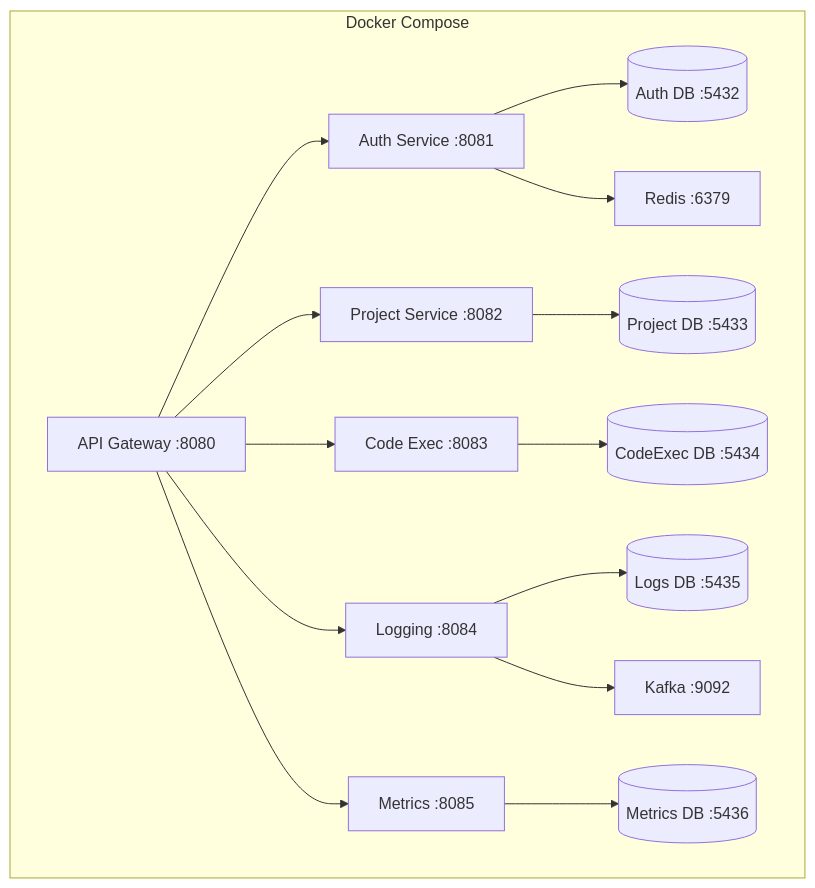
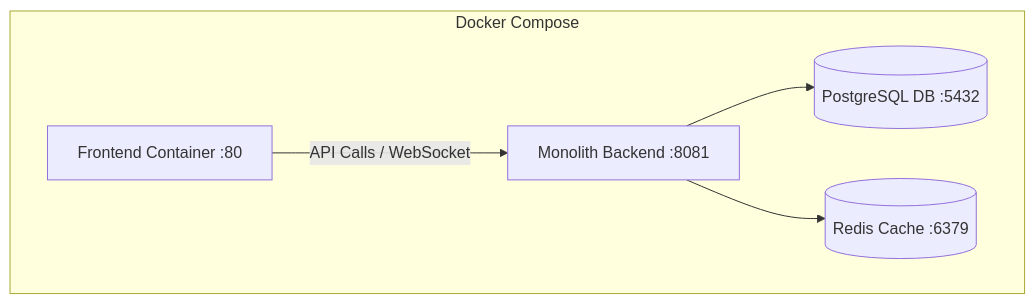
One commit to 123suraj-sky/DevOps-Suite changed the second of 2 diagrams in docs/07-deployment-devops.md. Above: the diagram before and after it, drawn with Mermaid. The commit also changed other lines of this file and 116 other files, not shown here.

First line of the commit message:
refactor: convert microservices to monolithic architecture

````diff
--- a/docs/07-deployment-devops.md
+++ b/docs/07-deployment-devops.md
@@ -30,30 +24,12 @@
-``` mermaid
+```mermaid
 flowchart TD
     subgraph Docker Compose
-        GW[API Gateway :8080]
-        Auth[Auth Service :8081]
-        Project[Project Service :8082]
-        CodeExec[Code Exec :8083]
-        Logging[Logging :8084]
-        Metrics[Metrics :8085]
-        DB1[(Auth DB :5432)]
-        DB2[(Project DB :5433)]
-        DB3[(CodeExec DB :5434)]
-        DB4[(Logs DB :5435)]
-        DB5[(Metrics DB :5436)]
-        Kafka[Kafka :9092]
-        Redis[Redis :6379]
+        FE[Frontend Container :80]
+        MONO[Monolith Backend :8081]
+        PG[(PostgreSQL DB :5432)]
+        Redis[(Redis Cache :6379)]
     end
-    GW --> Auth
-    GW --> Project
-    GW --> CodeExec
-    GW --> Logging
-    GW --> Metrics
-    Auth --> DB1
-    Auth --> Redis
-    Project --> DB2
-    CodeExec --> DB3
-    Logging --> DB4
-    Logging --> Kafka
-    Metrics --> DB5
+    FE -->|API Calls / WebSocket| MONO
+    MONO --> PG
+    MONO --> Redis
 ```
````
